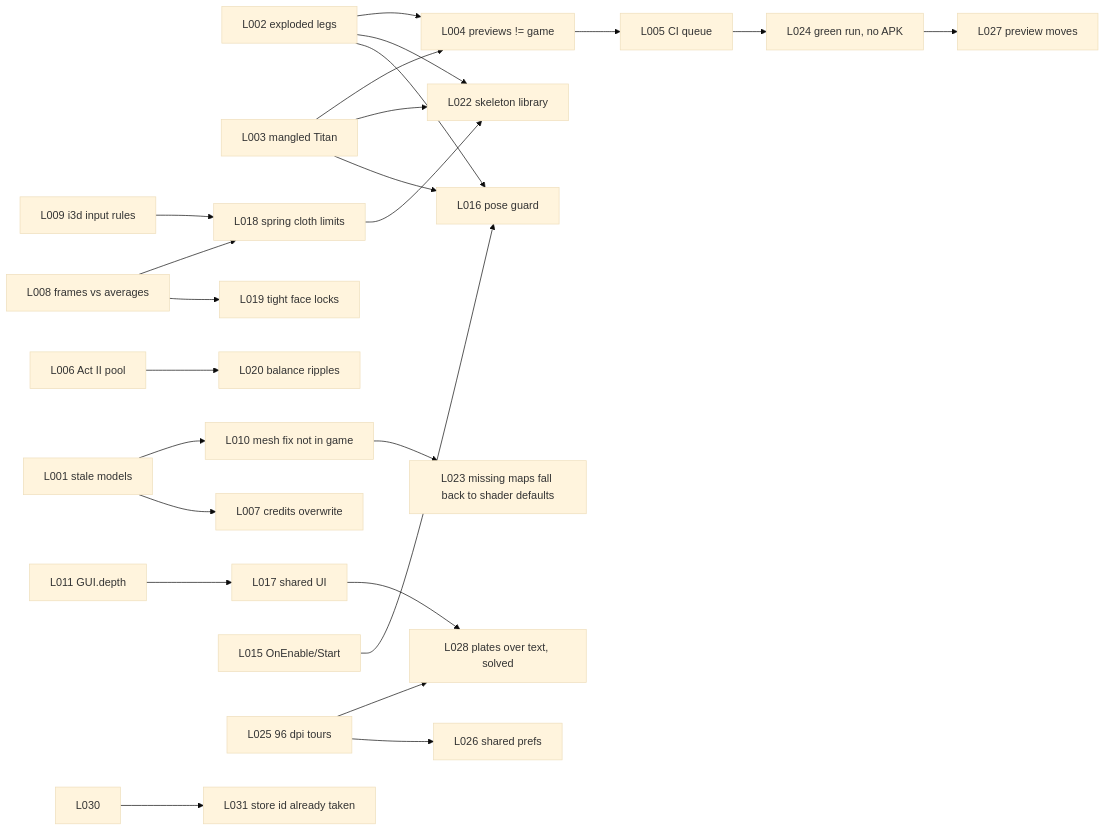
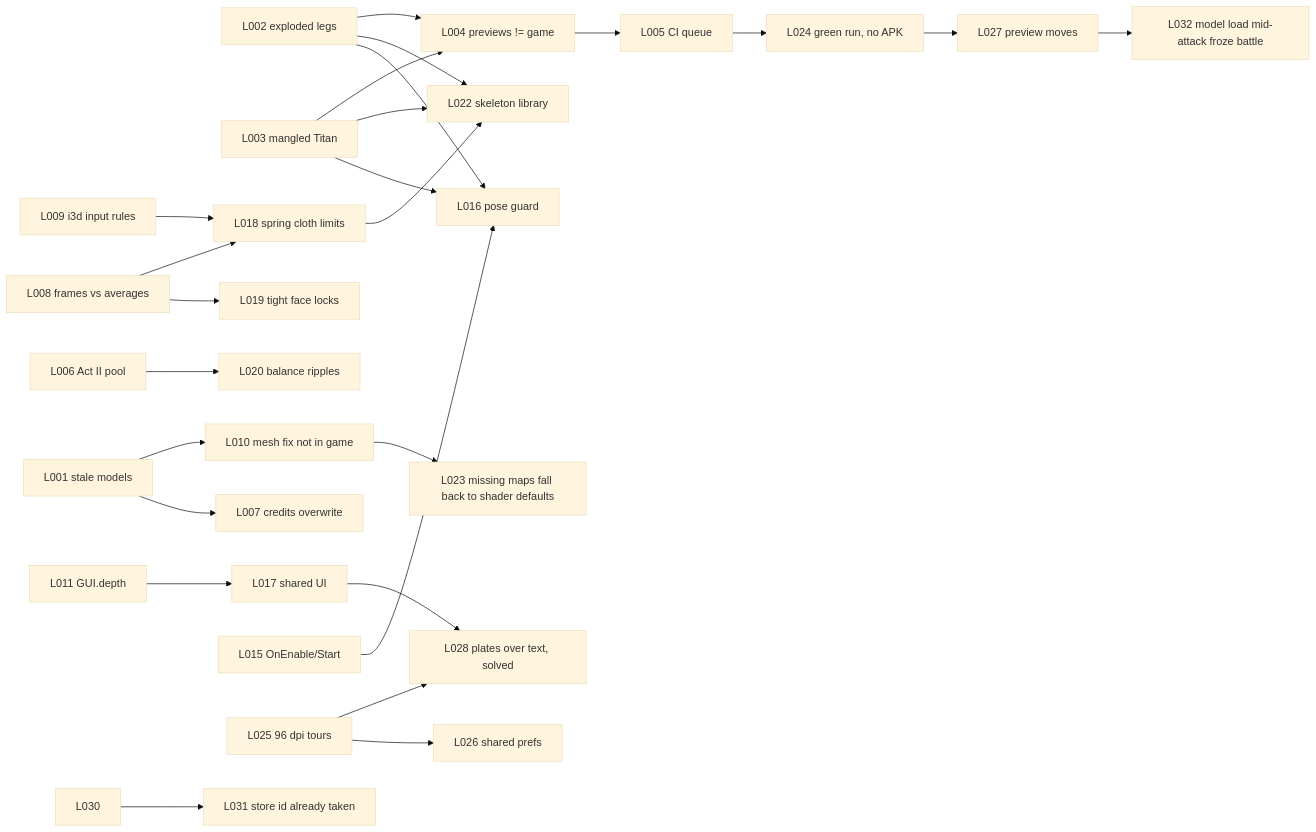
One commit to eqtitan/SigilBound changed the diagram in docs/sigilbound/brain/MAP.md. Above: the diagram before and after it, drawn with Mermaid (base theme). The commit also changed other lines of this file and 5 other files, not shown here.

First line of the commit message:
Fix battle freezing when a hero's model loads mid-attack

````diff
--- a/docs/sigilbound/brain/MAP.md
+++ b/docs/sigilbound/brain/MAP.md
@@ -28,26 +28,27 @@
 ```mermaid
 graph LR
   L002[L002 exploded legs] --> L016[L016 pose guard]
   L003[L003 mangled Titan] --> L016
   L002 --> L022[L022 skeleton library]
   L003 --> L022
   L018[L018 spring cloth limits] --> L022
   L004[L004 previews != game] --> L005[L005 CI queue]
   L002 --> L004
   L003 --> L004
   L001[L001 stale models] --> L007[L007 credits overwrite]
   L001 --> L010[L010 mesh fix not in game]
   L010 --> L023[L023 missing maps fall back to shader defaults]
   L006[L006 Act II pool] --> L020[L020 balance ripples]
   L008[L008 frames vs averages] --> L019[L019 tight face locks]
   L008 --> L018
   L009[L009 i3d input rules] --> L018
   L011[L011 GUI.depth] --> L017[L017 shared UI]
   L015[L015 OnEnable/Start] --> L016
   L005 --> L024[L024 green run, no APK]
   L024 --> L027[L027 preview moves]
   L025[L025 96 dpi tours] --> L026[L026 shared prefs]
   L017 --> L028[L028 plates over text, solved]
   L025 --> L028
   L030 --> L031[L031 store id already taken]
+  L027 --> L032[L032 model load mid-attack froze battle]
 ```
````
